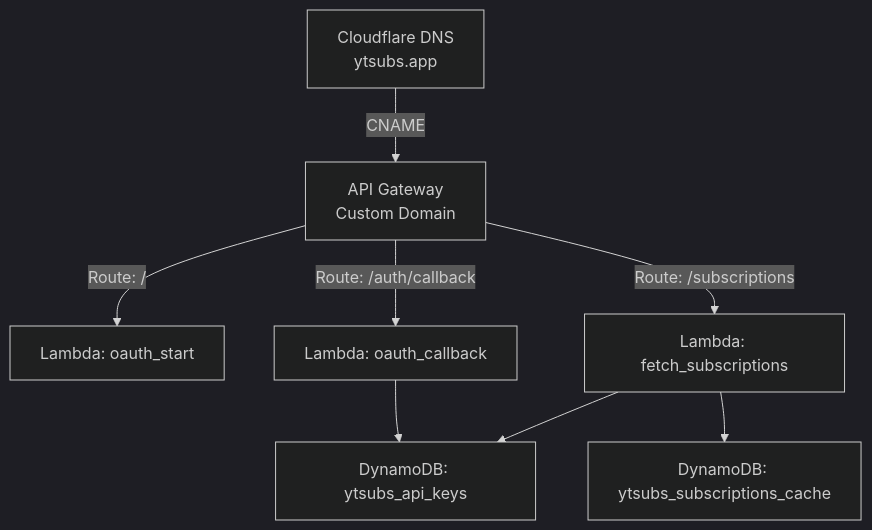
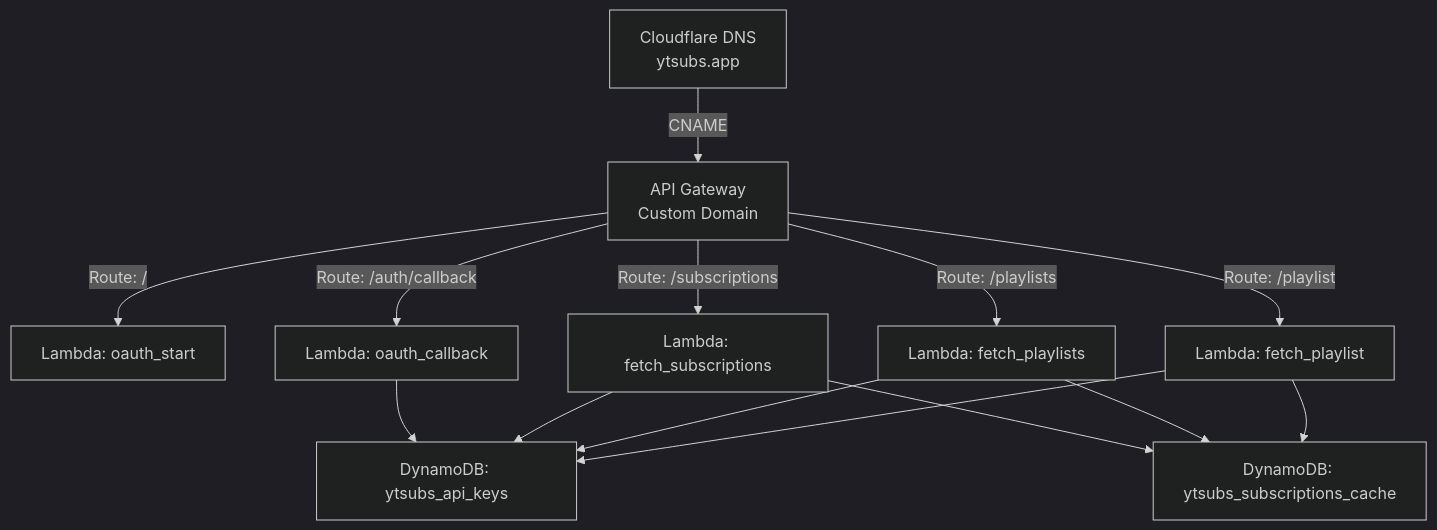
The diagram in README.md (derekantrican/ytsubs), drawn with Mermaid (dark theme) before and after one commit. The commit also changed other lines of this file and 6 other files, not shown here.

Commit message:
Create /playlists and /playlist endpoints (resolves #26)

````diff
--- a/README.md
+++ b/README.md
@@ -27,12 +27,18 @@
 ```mermaid
 graph TD
     CF[Cloudflare DNS <br/> ytsubs.app]
     CF -->|CNAME| GW[API Gateway <br/> Custom Domain]
     GW -->|Route: / | LambdaStart[Lambda: oauth_start]
     GW -->|Route: /auth/callback | LambdaCallback[Lambda: oauth_callback]
     GW -->|Route: /subscriptions | LambdaFetch[Lambda: fetch_subscriptions]
+    GW -->|Route: /playlists | LambdaPlaylists[Lambda: fetch_playlists]
+    GW -->|Route: /playlist | LambdaPlaylist[Lambda: fetch_playlist]
 
     LambdaCallback --> DB[DynamoDB: ytsubs_api_keys]
     LambdaFetch --> DB
     LambdaFetch --> Cache[DynamoDB: ytsubs_subscriptions_cache]
+    LambdaPlaylists --> DB
+    LambdaPlaylists --> Cache
+    LambdaPlaylist --> DB
+    LambdaPlaylist --> Cache
 ```
````
